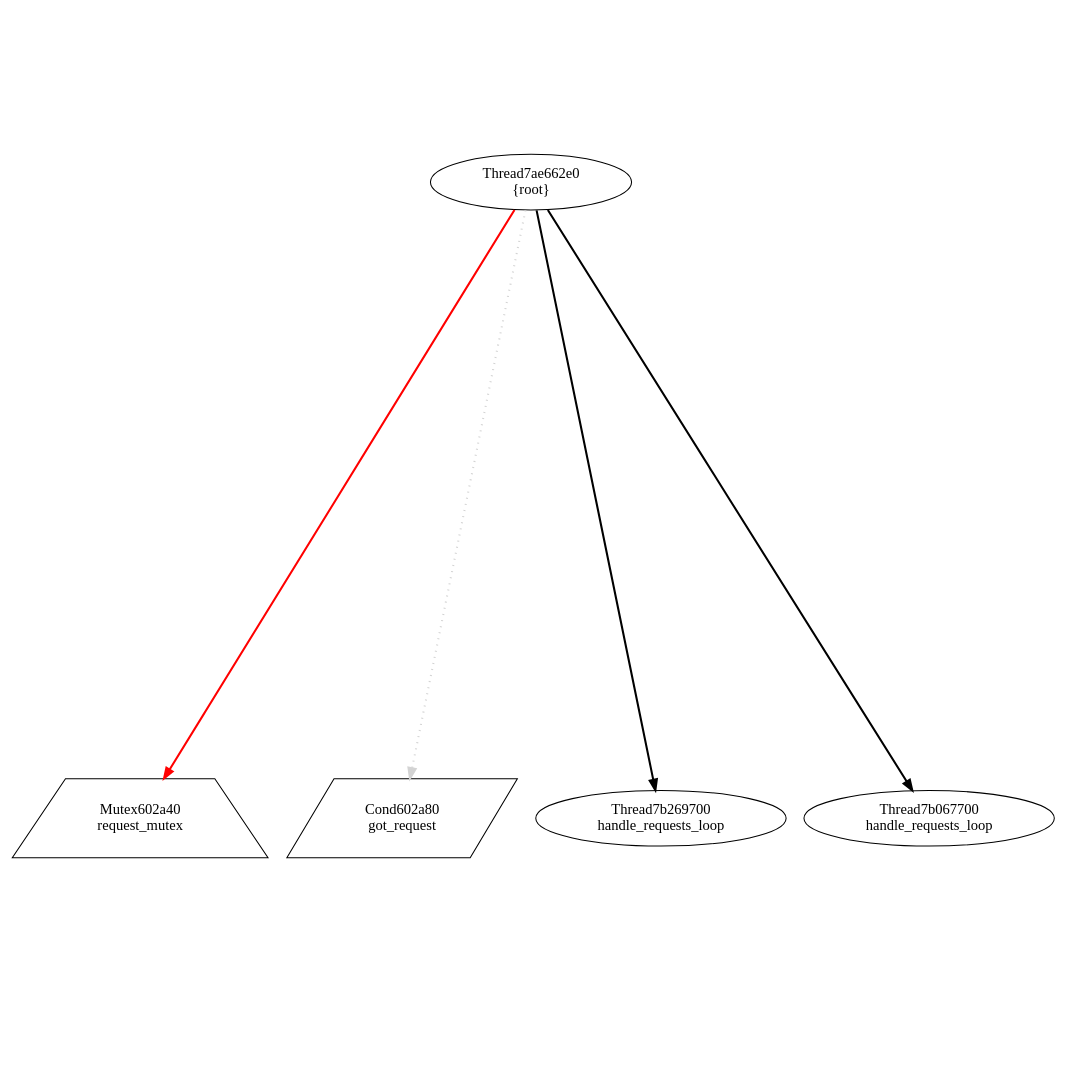
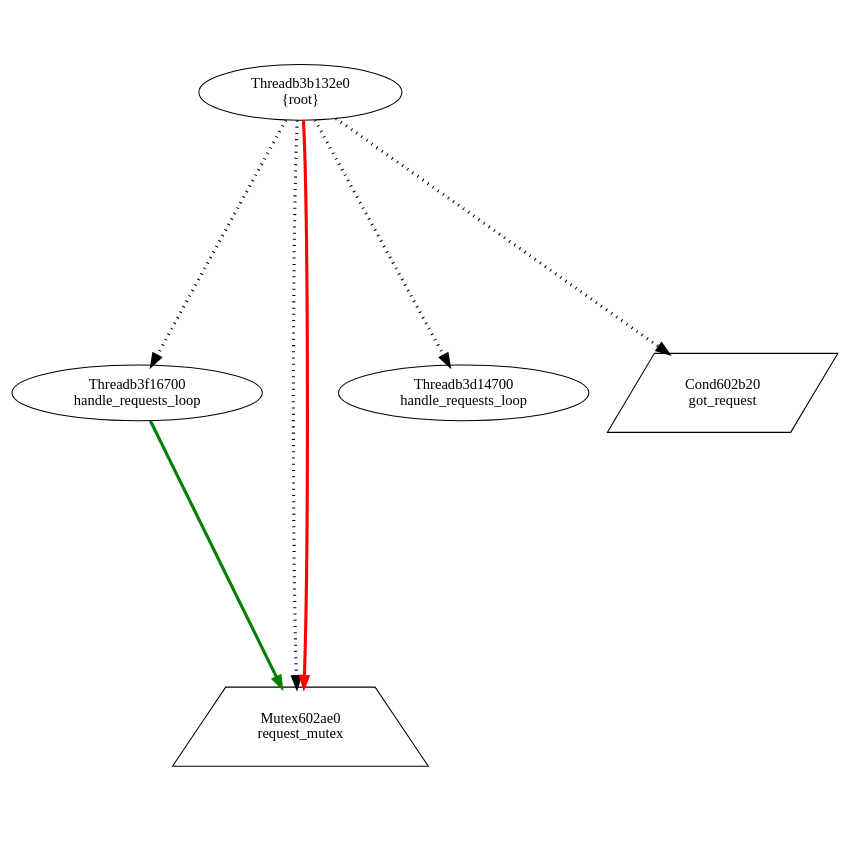
Before and after one commit to v4o6/cs410: the diagram in view/dot/graph012.dot, drawn with Graphviz. The commit also changed 109 other files, not shown here.

```diff
--- a/view/dot/graph012.dot
+++ b/view/dot/graph012.dot
@@ -1,12 +1,14 @@
 digraph G {
 graph[center=true, ratio=1];
-Mutex602a40 [shape=trapezium,color=black,label="Mutex602a40\nrequest_mutex"];
-Cond602a80 [shape=parallelogram,color=black,label="Cond602a80\ngot_request"];
-Thread7ae662e0 [color=black,label="Thread7ae662e0\n{root}"];
-Thread7ae662e0 -> Mutex602a40 [arrowhead=normal,color=red,penwidth=2];
-Thread7ae662e0 -> Cond602a80 [style=dotted,color=lightgray,penwidth=2];
-Thread7ae662e0 -> Thread7b269700 [arrowhead=normal,penwidth=2];
-Thread7ae662e0 -> Thread7b067700 [arrowhead=normal,penwidth=2];
-Thread7b269700 [color=black,label="Thread7b269700\nhandle_requests_loop"];
-Thread7b067700 [color=black,label="Thread7b067700\nhandle_requests_loop"];
+Threadb3f16700 [color=black,label="Threadb3f16700\nhandle_requests_loop"];
+Threadb3f16700 -> Mutex602ae0 [arrowhead=normal,color=green,penwidth=3];
+Threadb3d14700 [color=black,label="Threadb3d14700\nhandle_requests_loop"];
+Threadb3b132e0 [color=black,label="Threadb3b132e0\n{root}"];
+Threadb3b132e0 -> Mutex602ae0 [style=dotted,arrowhead=normal,penwidth=3];
+Threadb3b132e0 -> Cond602b20 [style=dotted,arrowhead=normal,penwidth=3];
+Threadb3b132e0 -> Threadb3d14700 [style=dotted,arrowhead=normal,penwidth=3];
+Threadb3b132e0 -> Threadb3f16700 [style=dotted,arrowhead=normal,penwidth=3];
+Threadb3b132e0 -> Mutex602ae0 [arrowhead=normal,color=red,penwidth=3];
+Cond602b20 [shape=parallelogram,color=black,label="Cond602b20\ngot_request"];
+Mutex602ae0 [shape=trapezium,color=black,label="Mutex602ae0\nrequest_mutex"];
 }
```
